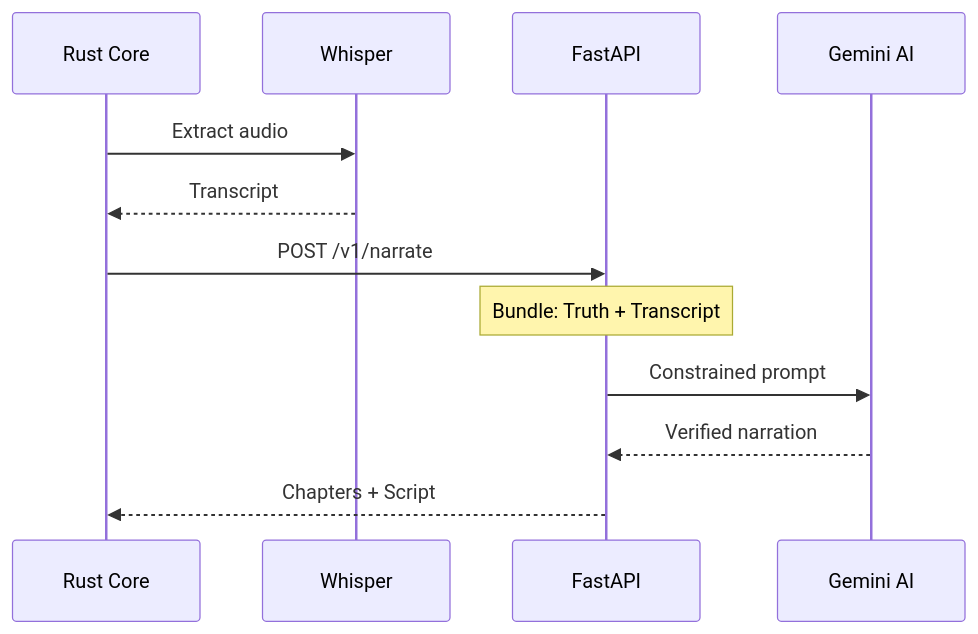
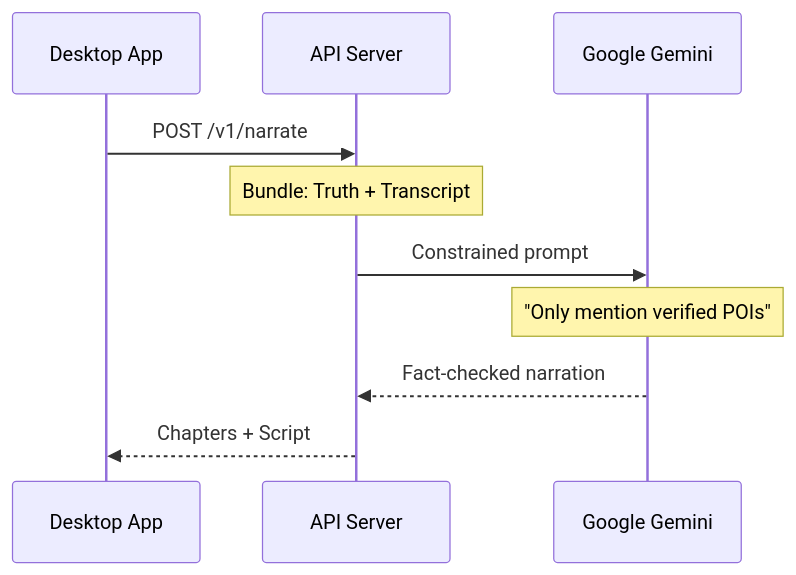
One commit to AndyK888/geotruth-narrative-engine changed the third of 3 diagrams in docs/architecture/README.md. Above: the diagram before and after it, drawn with Mermaid. The commit also changed other lines of this file and 5 other files, not shown here.

````diff
--- a/docs/architecture/README.md
+++ b/docs/architecture/README.md
@@ -138,15 +127,13 @@
 ```mermaid
 sequenceDiagram
-    participant R as Rust Core
-    participant W as Whisper
-    participant API as FastAPI
-    participant GEM as Gemini AI
+    participant App as Desktop App
+    participant API as API Server
+    participant Gemini as Google Gemini
     
-    R->>W: Extract audio
-    W-->>R: Transcript
-    R->>API: POST /v1/narrate
+    App->>API: POST /v1/narrate
     Note over API: Bundle: Truth + Transcript
-    API->>GEM: Constrained prompt
-    GEM-->>API: Verified narration
-    API-->>R: Chapters + Script
+    API->>Gemini: Constrained prompt
+    Note over Gemini: "Only mention verified POIs"
+    Gemini-->>API: Fact-checked narration
+    API-->>App: Chapters + Script
 ```
````
